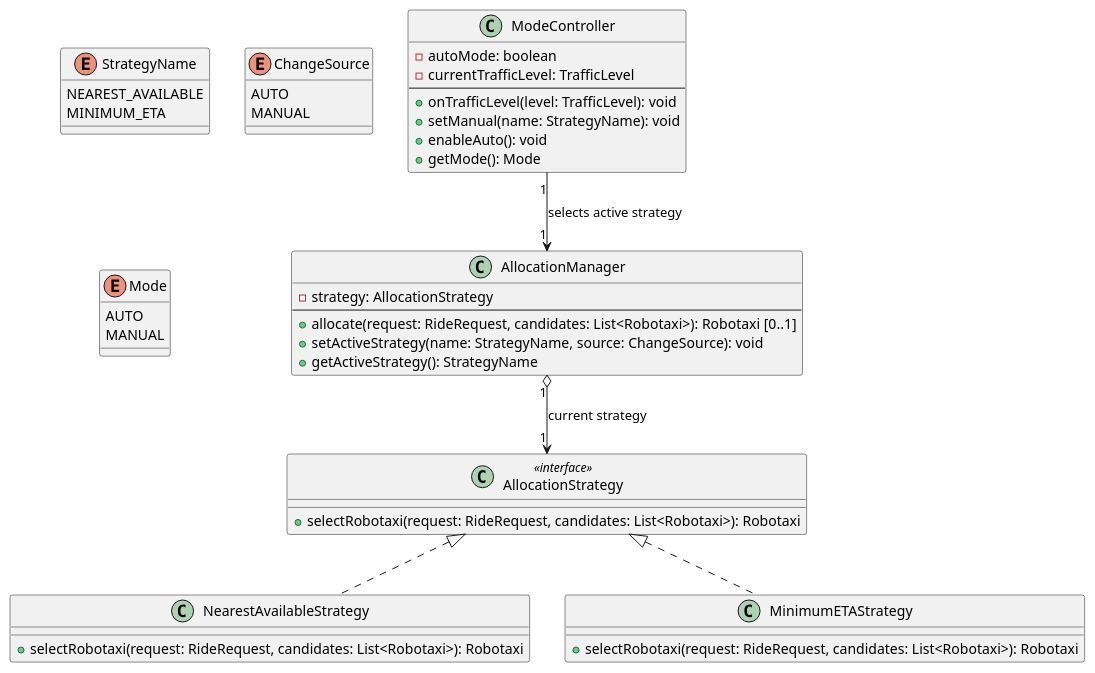
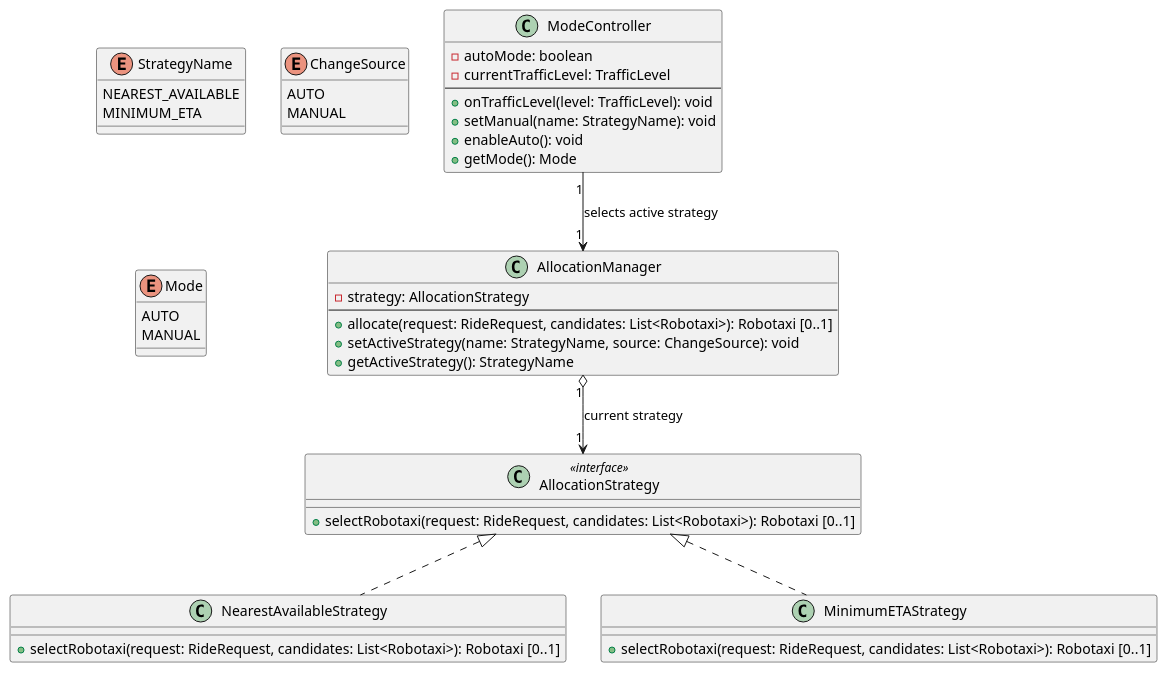
One commit to meggie-0/SE4A_ROAd_MargheritaBertipaglia_DavidCazzaniga_PasqualeIgnarra_Project changed the second of 10 diagrams in Implementation/docs/DD.md. Above: the diagram before and after it, drawn with PlantUML. The commit also changed other lines of this file and 27 other files, not shown here.

````diff
--- a/Implementation/docs/DD.md
+++ b/Implementation/docs/DD.md
@@ -439,52 +446,52 @@
 ```plantuml
 class AllocationStrategy <<interface>> {
-    + selectRobotaxi(request: RideRequest, candidates: List<Robotaxi>): Robotaxi
+    + selectRobotaxi(request: RideRequest, candidates: List<Robotaxi>): Robotaxi [0..1]
 }
 
 class NearestAvailableStrategy {
-    + selectRobotaxi(request: RideRequest, candidates: List<Robotaxi>): Robotaxi
+    + selectRobotaxi(request: RideRequest, candidates: List<Robotaxi>): Robotaxi [0..1]
 }
 
 class MinimumETAStrategy {
-    + selectRobotaxi(request: RideRequest, candidates: List<Robotaxi>): Robotaxi
+    + selectRobotaxi(request: RideRequest, candidates: List<Robotaxi>): Robotaxi [0..1]
 }
 
 class AllocationManager {
     - strategy: AllocationStrategy
     --
     + allocate(request: RideRequest, candidates: List<Robotaxi>): Robotaxi [0..1]
     + setActiveStrategy(name: StrategyName, source: ChangeSource): void
     + getActiveStrategy(): StrategyName
 }
 
 class ModeController {
     - autoMode: boolean
     - currentTrafficLevel: TrafficLevel
     --
     + onTrafficLevel(level: TrafficLevel): void
     + setManual(name: StrategyName): void
     + enableAuto(): void
     + getMode(): Mode
 }
 
 enum StrategyName {
     NEAREST_AVAILABLE
     MINIMUM_ETA
 }
 
 enum ChangeSource {
     AUTO
     MANUAL
 }
 
 enum Mode {
     AUTO
     MANUAL
 }
 
 AllocationStrategy <|.. NearestAvailableStrategy
 AllocationStrategy <|.. MinimumETAStrategy
 
 AllocationManager "1" o--> "1" AllocationStrategy : current strategy
 ModeController "1" --> "1" AllocationManager : selects active strategy
 ```
````
